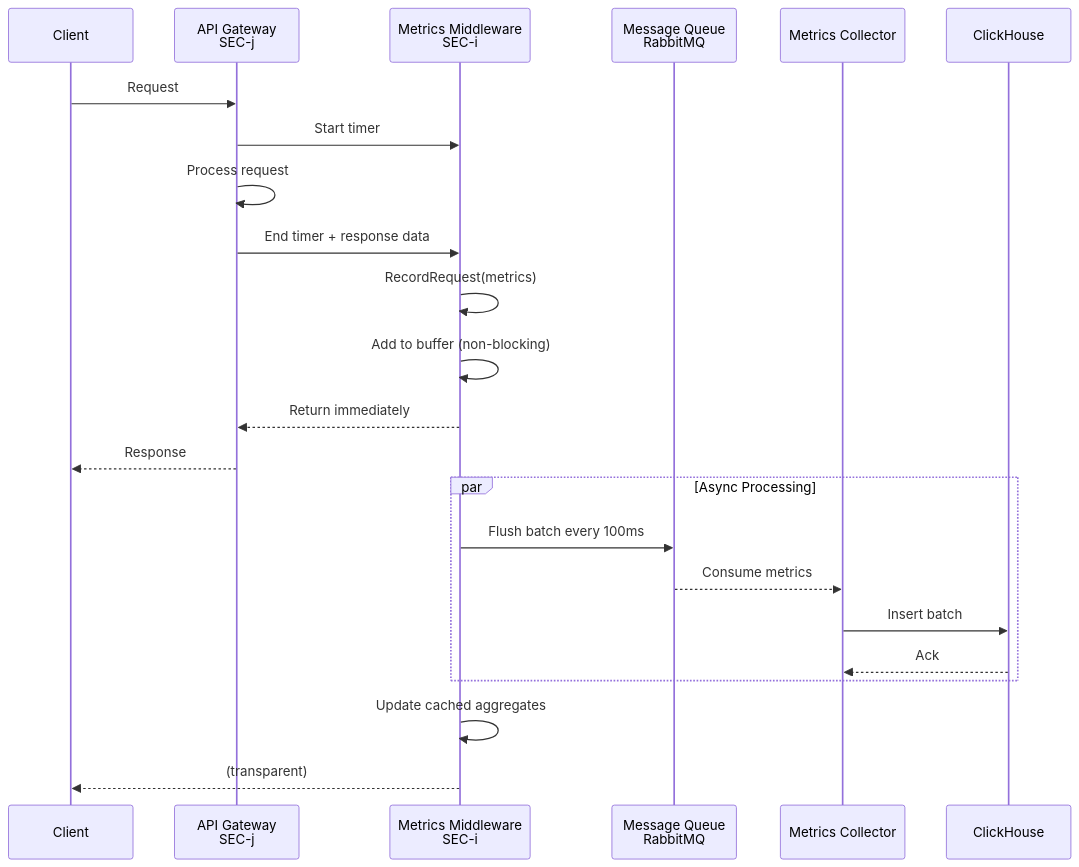
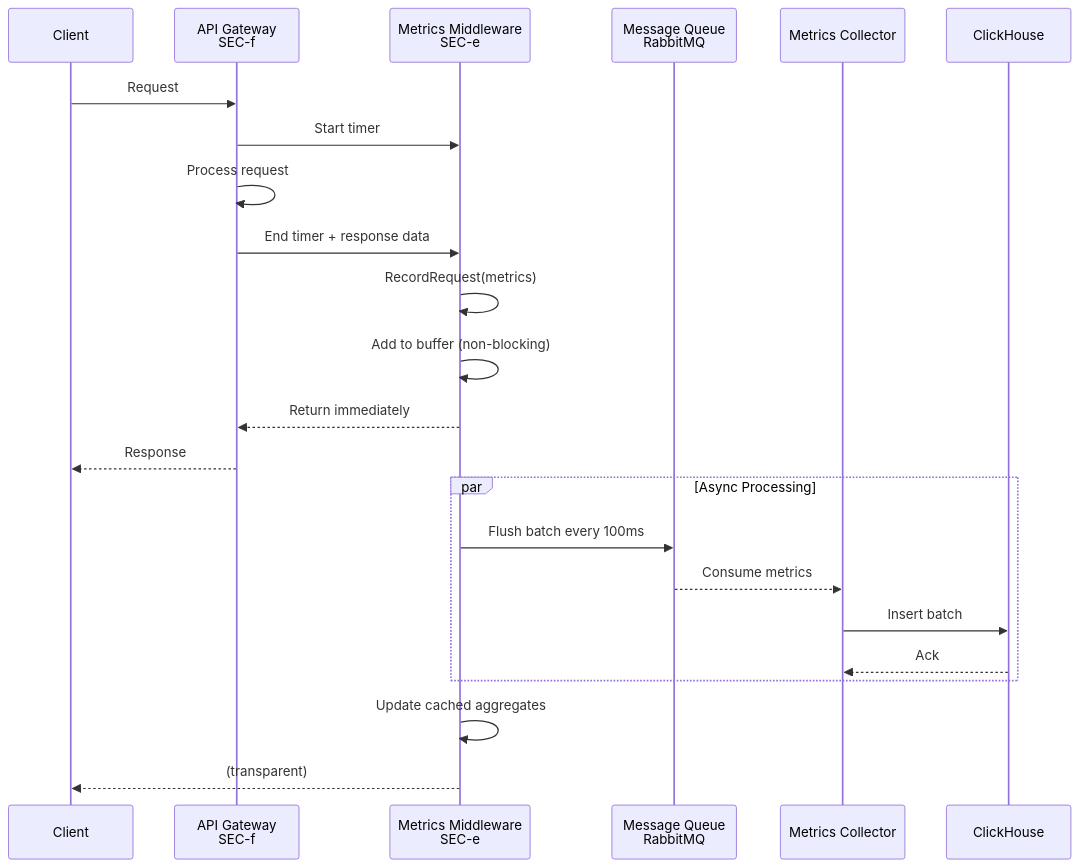
Before and after one commit to southpawriter02/lexichord: the seventh of 7 diagrams in docs/specs/v0.11.x/v0.11.5/LCS-DES-v0.11.5-SEC-INDEX.md, drawn with Mermaid. The commit also changed other lines of this file and 74 other files, not shown here.

````diff
--- a/docs/specs/v0.11.x/v0.11.5/LCS-DES-v0.11.5-SEC-INDEX.md
+++ b/docs/specs/v0.11.x/v0.11.5/LCS-DES-v0.11.5-SEC-INDEX.md
@@ -509,26 +509,26 @@
 ```mermaid
 sequenceDiagram
     participant Client
-    participant Gateway as API Gateway<br/>SEC-j
-    participant Metrics as Metrics Middleware<br/>SEC-i
+    participant Gateway as API Gateway<br/>SEC-f
+    participant Metrics as Metrics Middleware<br/>SEC-e
     participant Queue as Message Queue<br/>RabbitMQ
     participant Collector as Metrics Collector
     participant DB as ClickHouse
 
     Client->>Gateway: Request
     Gateway->>Metrics: Start timer
     Gateway->>Gateway: Process request
     Gateway->>Metrics: End timer + response data
     Metrics->>Metrics: RecordRequest(metrics)
     Metrics->>Metrics: Add to buffer (non-blocking)
     Metrics-->>Gateway: Return immediately
     Gateway-->>Client: Response
     par Async Processing
         Metrics->>Queue: Flush batch every 100ms
         Queue-->>Collector: Consume metrics
         Collector->>DB: Insert batch
         DB-->>Collector: Ack
     end
     Metrics->>Metrics: Update cached aggregates
     Metrics-->>Client: (transparent)
 ```
````
